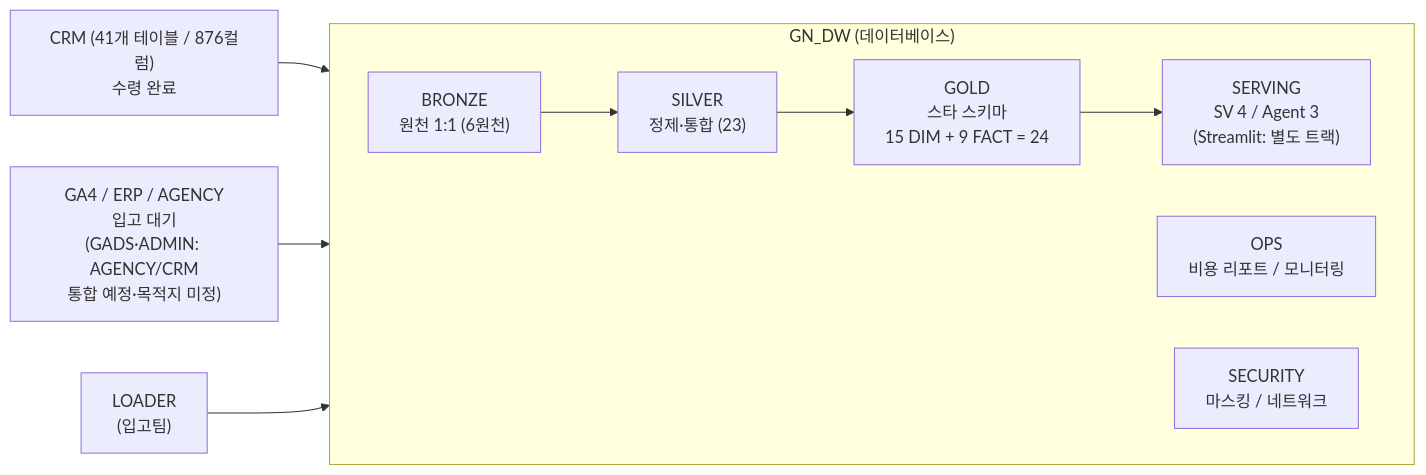
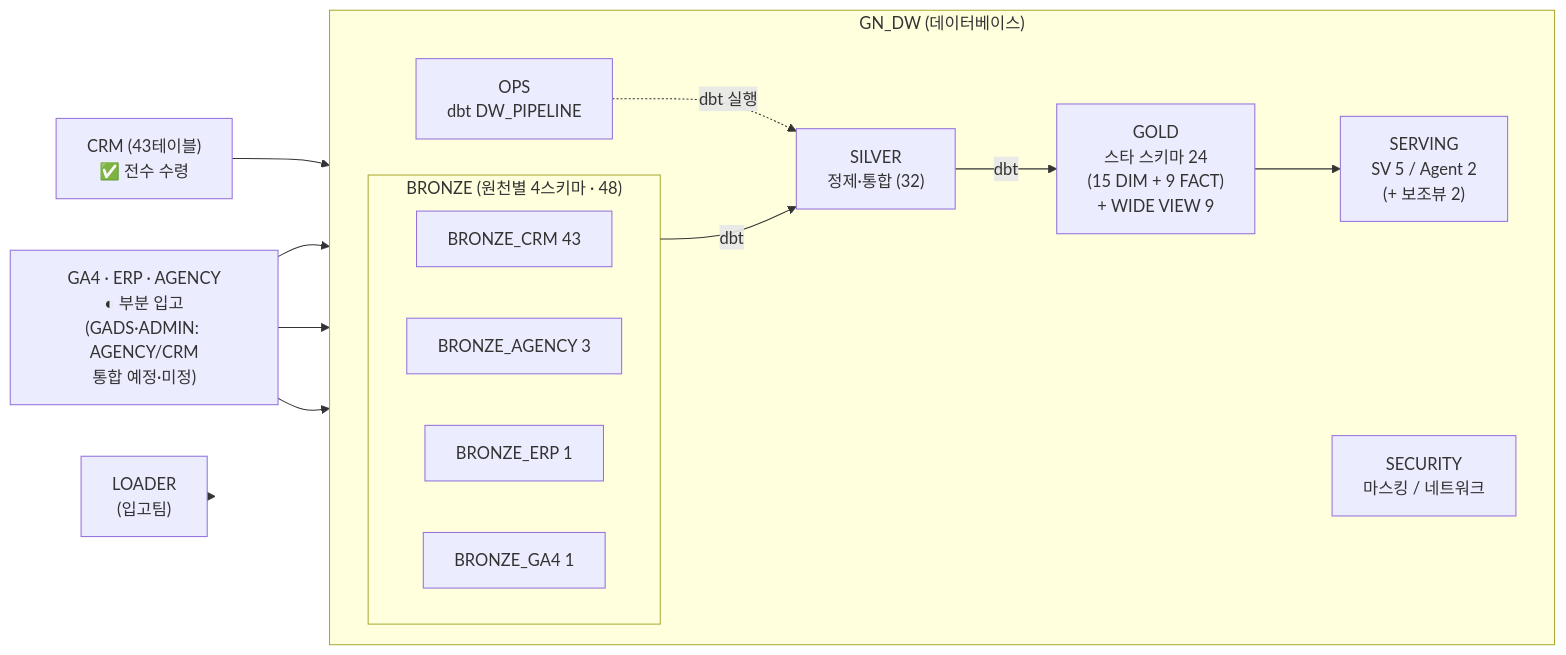
The first of 4 diagrams in 02_GN_DW_building/05_ARCHITECTURE.md (cih0802/snowflake_files), drawn with Mermaid before and after one commit. The commit also changed other lines of this file and 45 other files, not shown here.

````diff
--- a/02_GN_DW_building/05_ARCHITECTURE.md
+++ b/02_GN_DW_building/05_ARCHITECTURE.md
@@ -19,21 +19,27 @@
 ```mermaid
 flowchart LR
-  CRM["CRM (41개 테이블 / 876컬럼)<br/>수령 완료"]
-  PEND["GA4 / ERP / AGENCY<br/>입고 대기<br/>(GADS·ADMIN: AGENCY/CRM<br/>통합 예정·목적지 미정)"]
+  CRM["CRM (43테이블)<br/>✅ 전수 수령"]
+  PART["GA4 · ERP · AGENCY<br/>◐ 부분 입고<br/>(GADS·ADMIN: AGENCY/CRM<br/>통합 예정·미정)"]
   LOADER["LOADER<br/>(입고팀)"]
 
   subgraph GNDW["GN_DW (데이터베이스)"]
     direction LR
-    BRONZE["BRONZE<br/>원천 1:1 (6원천)"]
-    SILVER["SILVER<br/>정제·통합 (23)"]
-    GOLD["GOLD<br/>스타 스키마<br/>15 DIM + 9 FACT = 24"]
-    SERVING["SERVING<br/>SV 4 / Agent 3<br/>(Streamlit: 별도 트랙)"]
-    OPS["OPS<br/>비용 리포트 / 모니터링"]
+    subgraph BRZ["BRONZE (원천별 4스키마 · 48)"]
+      BCRM["BRONZE_CRM 43"]
+      BAGN["BRONZE_AGENCY 3"]
+      BERP["BRONZE_ERP 1"]
+      BGA4["BRONZE_GA4 1"]
+    end
+    SILVER["SILVER<br/>정제·통합 (32)"]
+    GOLD["GOLD<br/>스타 스키마 24<br/>(15 DIM + 9 FACT)<br/>+ WIDE VIEW 9"]
+    SERVING["SERVING<br/>SV 5 / Agent 2<br/>(+ 보조뷰 2)"]
+    OPS["OPS<br/>dbt DW_PIPELINE"]
     SECURITY["SECURITY<br/>마스킹 / 네트워크"]
   end
 
-  CRM --> BRONZE
-  PEND --> BRONZE
-  LOADER --> BRONZE
-  BRONZE --> SILVER --> GOLD --> SERVING
+  CRM --> BCRM
+  PART --> BAGN & BERP & BGA4
+  LOADER --> BRZ
+  BRZ -->|dbt| SILVER -->|dbt| GOLD --> SERVING
+  OPS -.dbt 실행.-> SILVER
 ```
````
